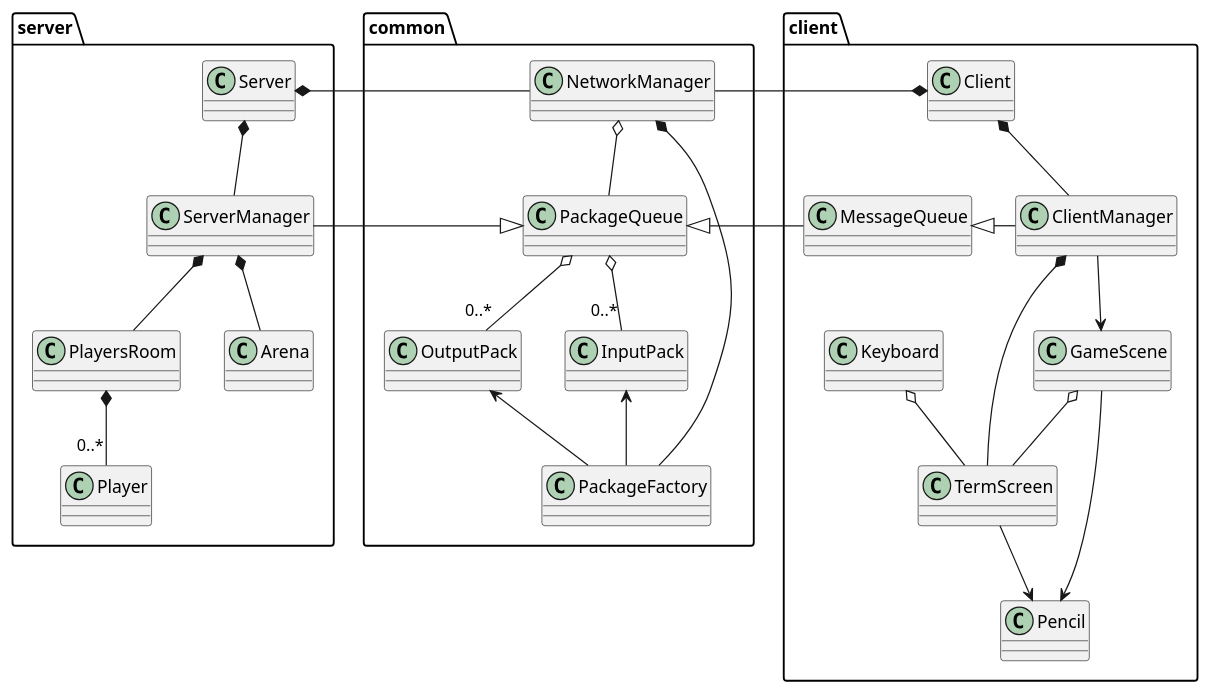
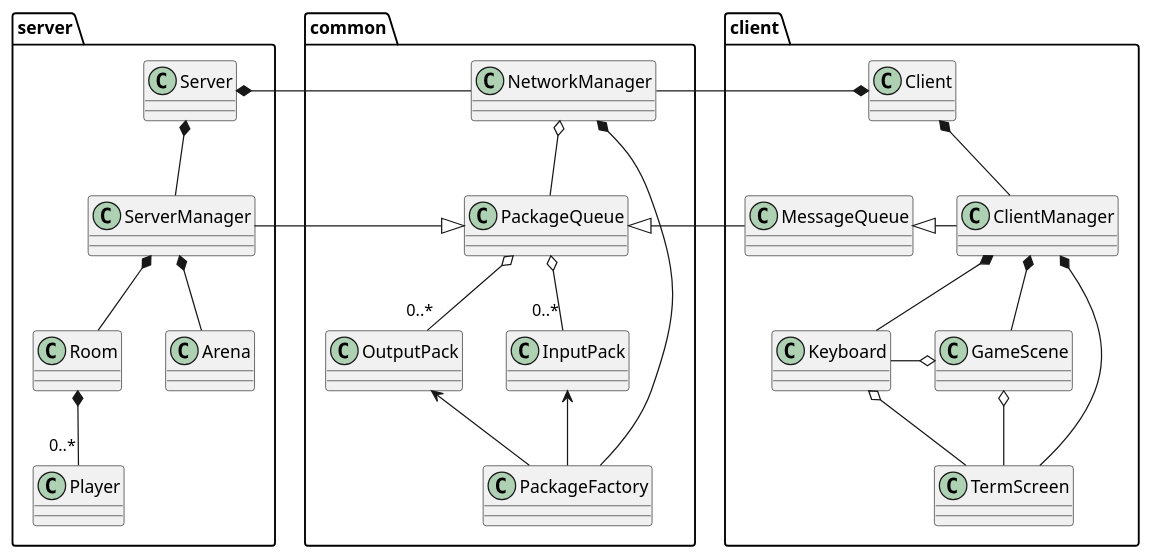
One commit to lemunozm/asciiarena-js changed the diagram in docs/design/high_level_class.puml. Above: the diagram before and after it, drawn with PlantUML. The commit also changed 6 other files, not shown here.

```diff
--- a/docs/design/high_level_class.puml
+++ b/docs/design/high_level_class.puml
@@ -1,57 +1,54 @@
 @startuml
 
 
 package common {
     class NetworkManager
     class PackageFactory
     class PackageQueue
     class InputPack
     class OutputPack
-    'class GameSpec
 
     NetworkManager *-- PackageFactory
     NetworkManager o-- PackageQueue
     PackageQueue o--"0..*" InputPack
     PackageQueue o--"0..*" OutputPack
     PackageFactory -up-> InputPack
     PackageFactory -up-> OutputPack
 }
 
 package server {
     class Server
     class ServerManager
-    class PlayersRoom
+    class Room
     class Player
     class Arena
 
     Server *-right- NetworkManager
     Server *-- ServerManager
     ServerManager -right-|> PackageQueue
-    ServerManager *-- PlayersRoom
+    ServerManager *-- Room
     ServerManager *-- Arena
-    'ServerManager o-left-"0..*" GameSpec
-    PlayersRoom *--"0..*" Player
+    Room *--"0..*" Player
 }
 
 package client {
     class MessageQueue
     class Client
     class ClientManager
     class TermScreen
     class Keyboard
     class GameScene
-    class Pencil
 
     Client *-left- NetworkManager
     Client *-- ClientManager
     MessageQueue -left-|> PackageQueue
     ClientManager -left-|> MessageQueue
     ClientManager *-- TermScreen
-    ClientManager --> GameScene
+    ClientManager *-- GameScene
+    ClientManager *-- Keyboard
+    GameScene o-left- Keyboard
     GameScene o-- TermScreen
-    TermScreen --> Pencil
-    GameScene --> Pencil
     Keyboard o-- TermScreen
 }
 
 @enduml
```
